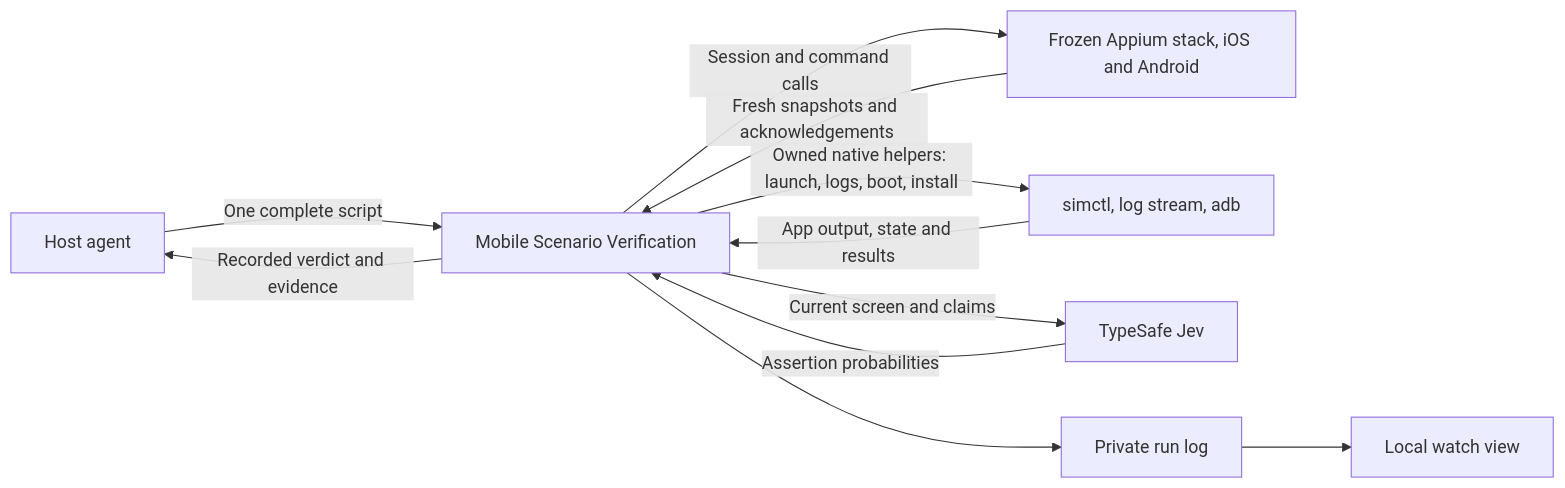
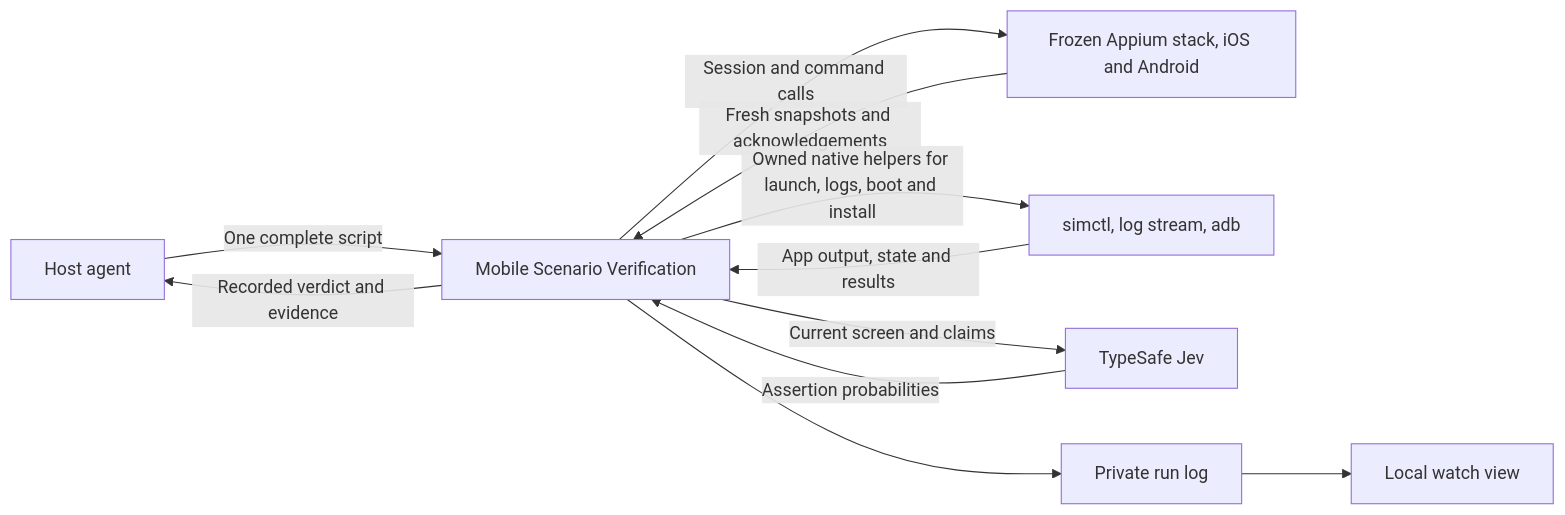
Before and after one commit to hugues-vnsgn/jev-ios-bridge: the diagram in docs/architecture.md, drawn with Mermaid.

Commit message:
docs(architecture): keep the helper label off a colon
A colon in a mermaid edge label is legal but easy to break when the
diagram is edited next. The label reads the same with "for".

````diff
--- a/docs/architecture.md
+++ b/docs/architecture.md
@@ -7,13 +7,13 @@
 ```mermaid
 flowchart LR
     Host[Host agent] -->|One complete script| Bridge[Mobile Scenario Verification]
     Bridge -->|Session and command calls| Device[Frozen Appium stack, iOS and Android]
     Device -->|Fresh snapshots and acknowledgements| Bridge
-    Bridge -->|Owned native helpers: launch, logs, boot, install| Native[simctl, log stream, adb]
+    Bridge -->|Owned native helpers for launch, logs, boot and install| Native[simctl, log stream, adb]
     Native -->|App output, state and results| Bridge
     Bridge -->|Current screen and claims| Jev[TypeSafe Jev]
     Jev -->|Assertion probabilities| Bridge
     Bridge -->|Recorded verdict and evidence| Host
     Bridge --> Log[Private run log]
     Log --> Watch[Local watch view]
 ```
````
